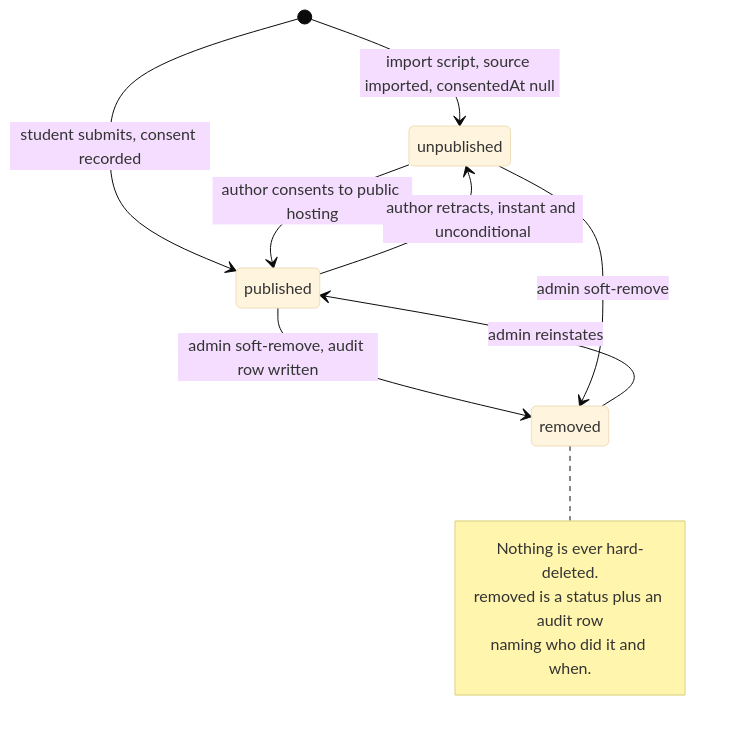
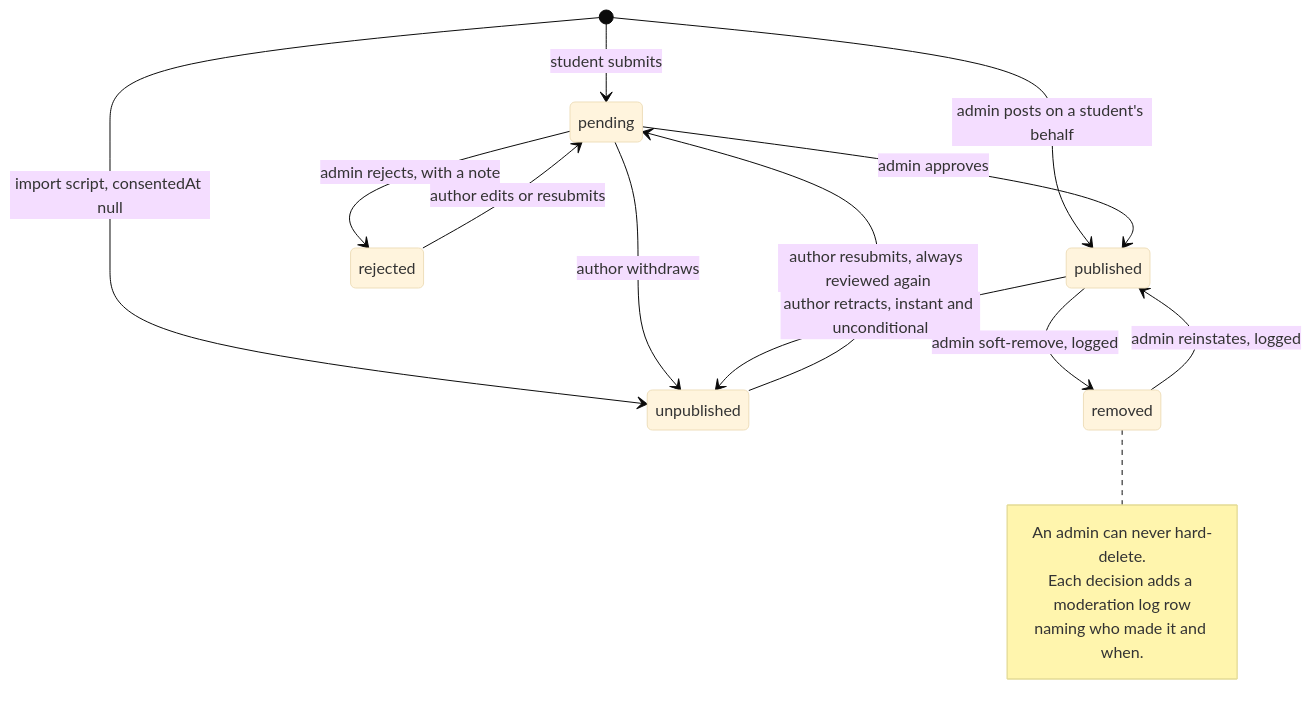
One commit to RAVIYADAV6522/PrepLens changed the sixth of 7 diagrams in README.md. Above: the diagram before and after it, drawn with Mermaid (base theme). The commit also changed other lines of this file and 6 other files, not shown here.

````diff
--- a/README.md
+++ b/README.md
@@ -403,17 +431,21 @@
 ```mermaid
 stateDiagram-v2
-    [*] --> unpublished : import script, source imported, consentedAt null
-    [*] --> published : student submits, consent recorded
+    [*] --> pending : student submits
+    [*] --> published : admin posts on a student's behalf
+    [*] --> unpublished : import script, consentedAt null
 
-    unpublished --> published : author consents to public hosting
+    pending --> published : admin approves
+    pending --> rejected : admin rejects, with a note
+    rejected --> pending : author edits or resubmits
+    pending --> unpublished : author withdraws
     published --> unpublished : author retracts, instant and unconditional
-    published --> removed : admin soft-remove, audit row written
-    unpublished --> removed : admin soft-remove
-    removed --> published : admin reinstates
+    unpublished --> pending : author resubmits, always reviewed again
+    published --> removed : admin soft-remove, logged
+    removed --> published : admin reinstates, logged
 
     note right of removed
-        Nothing is ever hard-deleted.
-        removed is a status plus an audit row
-        naming who did it and when.
+        An admin can never hard-delete.
+        Each decision adds a moderation log row
+        naming who made it and when.
     end note
 ```
````
